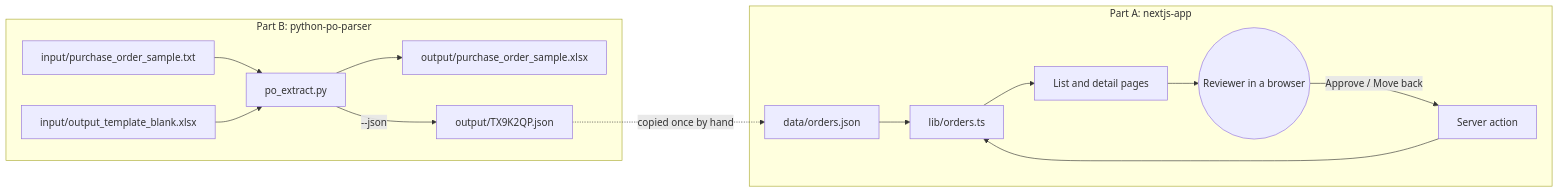
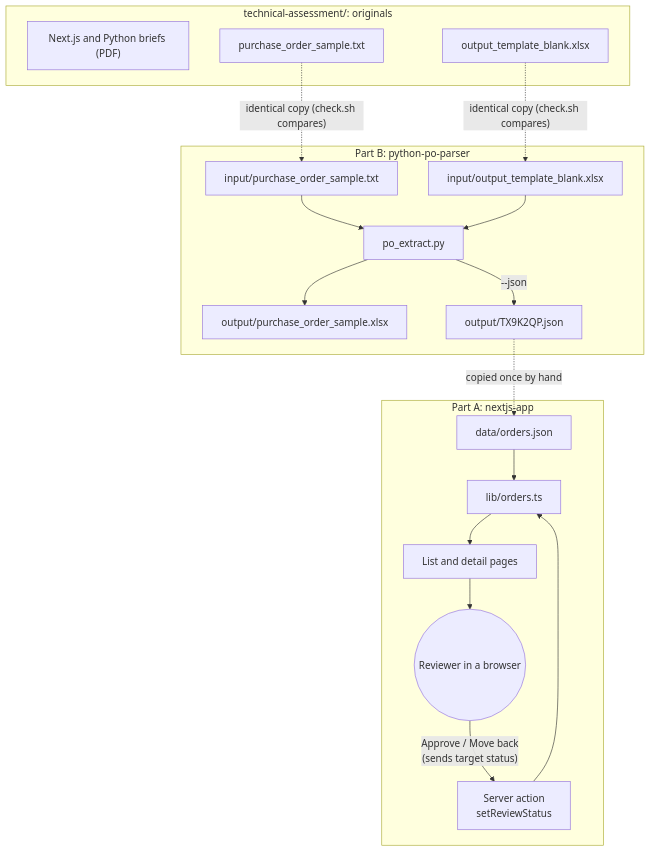
The first of 10 diagrams in docs/DESIGN.md (TRUPALIX9/bhf-take-home), drawn with Mermaid before and after one commit. The commit also changed other lines of this file and 7 other files, not shown here.

First line of the commit message:
Terminal scripts with --help; design diagrams updated and decluttered

````diff
--- a/docs/DESIGN.md
+++ b/docs/DESIGN.md
@@ -9,19 +9,27 @@
 ```mermaid
-flowchart LR
+flowchart TB
+  subgraph T["technical-assessment/: originals"]
+    PDFS["Next.js and Python briefs (PDF)"]
+    OTXT["purchase_order_sample.txt"]
+    OTPL["output_template_blank.xlsx"]
+  end
+
   subgraph B["Part B: python-po-parser"]
     TXT["input/purchase_order_sample.txt"] --> PY["po_extract.py"]
     TPL["input/output_template_blank.xlsx"] --> PY
     PY --> XLSX["output/purchase_order_sample.xlsx"]
     PY -- "--json" --> JSON["output/TX9K2QP.json"]
   end
 
   subgraph A["Part A: nextjs-app"]
     SEED["data/orders.json"] --> LIB["lib/orders.ts"]
     LIB --> PAGES["List and detail pages"]
     PAGES --> USER(("Reviewer in a browser"))
-    USER -- "Approve / Move back" --> ACTION["Server action"]
+    USER -- "Approve / Move back<br/>(sends target status)" --> ACTION["Server action<br/>setReviewStatus"]
     ACTION --> LIB
   end
 
+  OTXT -. "identical copy (check.sh compares)" .-> TXT
+  OTPL -. "identical copy (check.sh compares)" .-> TPL
   JSON -. "copied once by hand" .-> SEED
 ```
````
